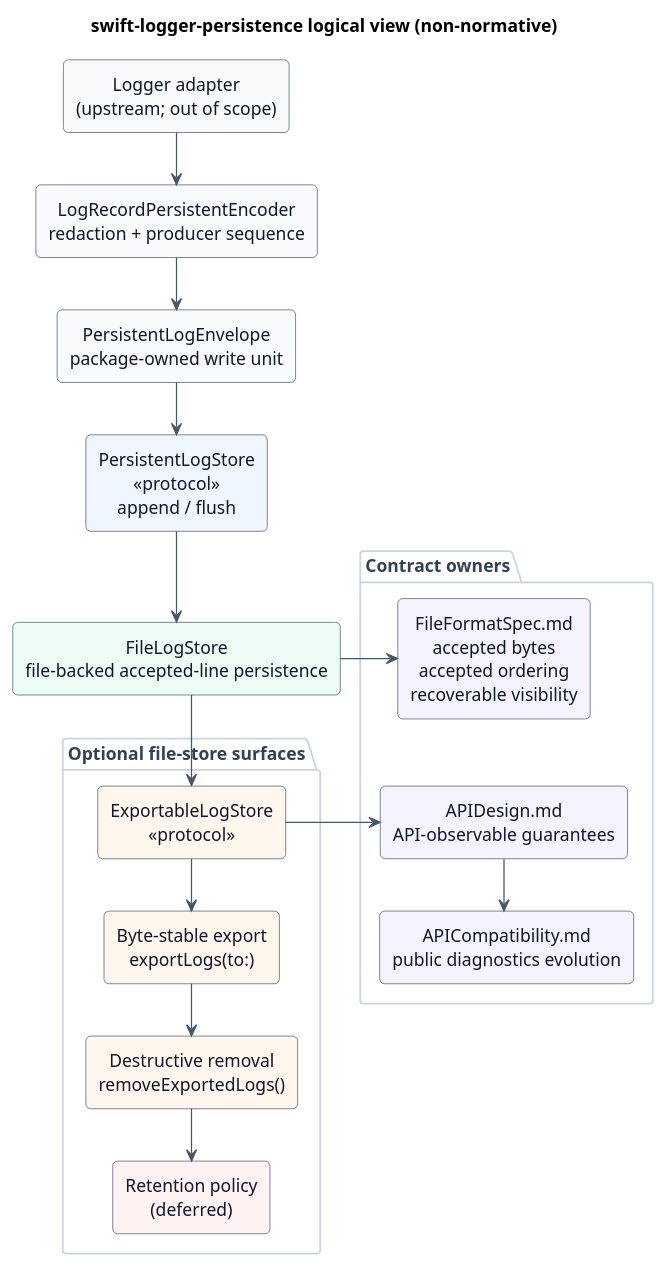
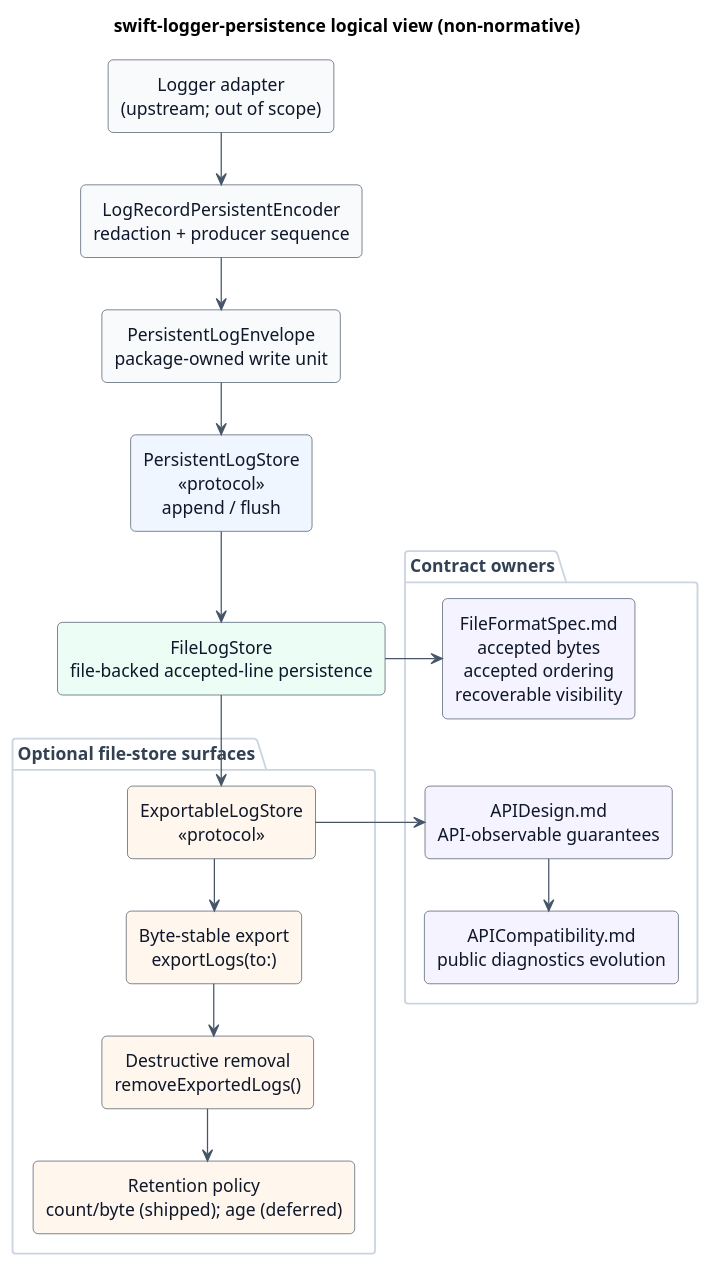
The diagram in Docs/Resources/PersistenceLogicalView.puml (swift-loggers/swift-logger-persistence), drawn with PlantUML before and after one commit. The commit also changed 18 other files, not shown here.

```diff
--- a/Docs/Resources/PersistenceLogicalView.puml
+++ b/Docs/Resources/PersistenceLogicalView.puml
@@ -1,62 +1,62 @@
 @startuml
 
 title swift-logger-persistence logical view (non-normative)
 
 skinparam backgroundColor white
 skinparam defaultFontName Helvetica
 skinparam defaultTextAlignment center
 skinparam shadowing false
 skinparam linetype ortho
 skinparam nodesep 38
 skinparam ranksep 42
 skinparam ArrowColor #475569
 skinparam ArrowFontColor #334155
 skinparam ArrowThickness 1
 skinparam rectangle {
   BorderColor #334155
   FontColor #0F172A
   RoundCorner 8
 }
 skinparam package {
   BorderColor #CBD5E1
   FontColor #334155
   BackgroundColor #FFFFFF
 }
 
 top to bottom direction
 
 rectangle "Logger adapter\n(upstream; out of scope)" as Adapter #F8FAFC
 rectangle "LogRecordPersistentEncoder\nredaction + producer sequence" as Encoder #F8FAFC
 rectangle "PersistentLogEnvelope\npackage-owned write unit" as Envelope #F8FAFC
 rectangle "PersistentLogStore\n<<protocol>>\nappend / flush" as Store #EFF6FF
 rectangle "FileLogStore\nfile-backed accepted-line persistence" as FileStore #ECFDF5
 
 package "Optional file-store surfaces" {
   rectangle "ExportableLogStore\n<<protocol>>" as Exportable #FFF7ED
   rectangle "Byte-stable export\nexportLogs(to:)" as Export #FFF7ED
   rectangle "Destructive removal\nremoveExportedLogs()" as Remove #FFF7ED
-  rectangle "Retention policy\n(deferred)" as Retention #FEF2F2
+  rectangle "Retention policy\ncount/byte (shipped); age (deferred)" as Retention #FFF7ED
 }
 
 package "Contract owners" {
   rectangle "FileFormatSpec.md\naccepted bytes\naccepted ordering\nrecoverable visibility" as Format #F5F3FF
   rectangle "APIDesign.md\nAPI-observable guarantees" as API #F5F3FF
   rectangle "APICompatibility.md\npublic diagnostics evolution" as Compatibility #F5F3FF
 }
 
 Adapter -down-> Encoder
 Encoder -down-> Envelope
 Envelope -down-> Store
 Store -down-> FileStore
 
 FileStore -down-> Exportable
 Exportable -down-> Export
 Export -down-> Remove
 Remove -down-> Retention
 
 FileStore -right-> Format
 Exportable -right-> API
 API -down-> Compatibility
 Format -[hidden]down-> API
 
 @enduml
```
